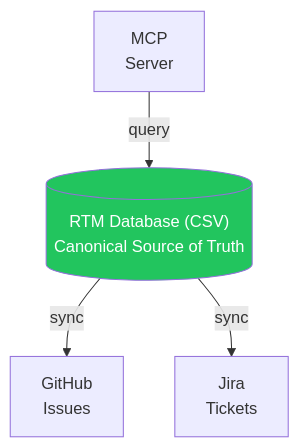
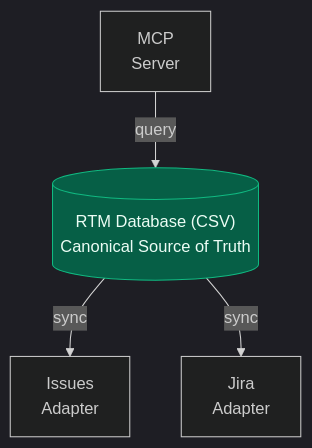
The diagram in src/content/docs/adapters.md (rtmx-ai/rtmx.ai), drawn with Mermaid before and after one commit. The commit also changed 5 other files, not shown here.

First line of the commit message:
fix: force dark mode, update roadmap, fix diagram contrast, code theme

````diff
--- a/src/content/docs/adapters.md
+++ b/src/content/docs/adapters.md
@@ -18,10 +18,11 @@
 ```mermaid
+%%{init: {'theme': 'dark'}}%%
 flowchart TB
     CSV[("RTM Database (CSV)<br/>Canonical Source of Truth")]
 
-    CSV -->|sync| GitHub["GitHub<br/>Issues"]
-    CSV -->|sync| Jira["Jira<br/>Tickets"]
+    CSV -->|sync| Issues["Issues<br/>Adapter"]
+    CSV -->|sync| Jira["Jira<br/>Adapter"]
     MCP["MCP<br/>Server"] -->|query| CSV
 
-    style CSV fill:#22c55e,color:#fff
+    style CSV fill:#065f46,stroke:#10b981,color:#ecfdf5
 ```
````
